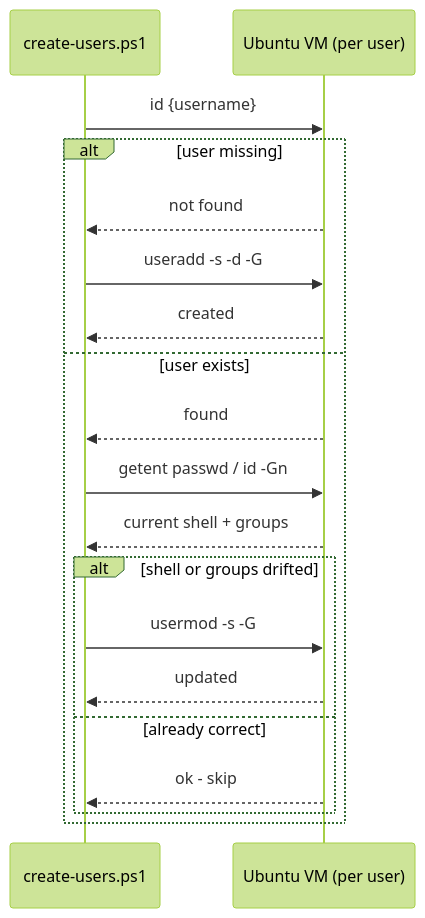
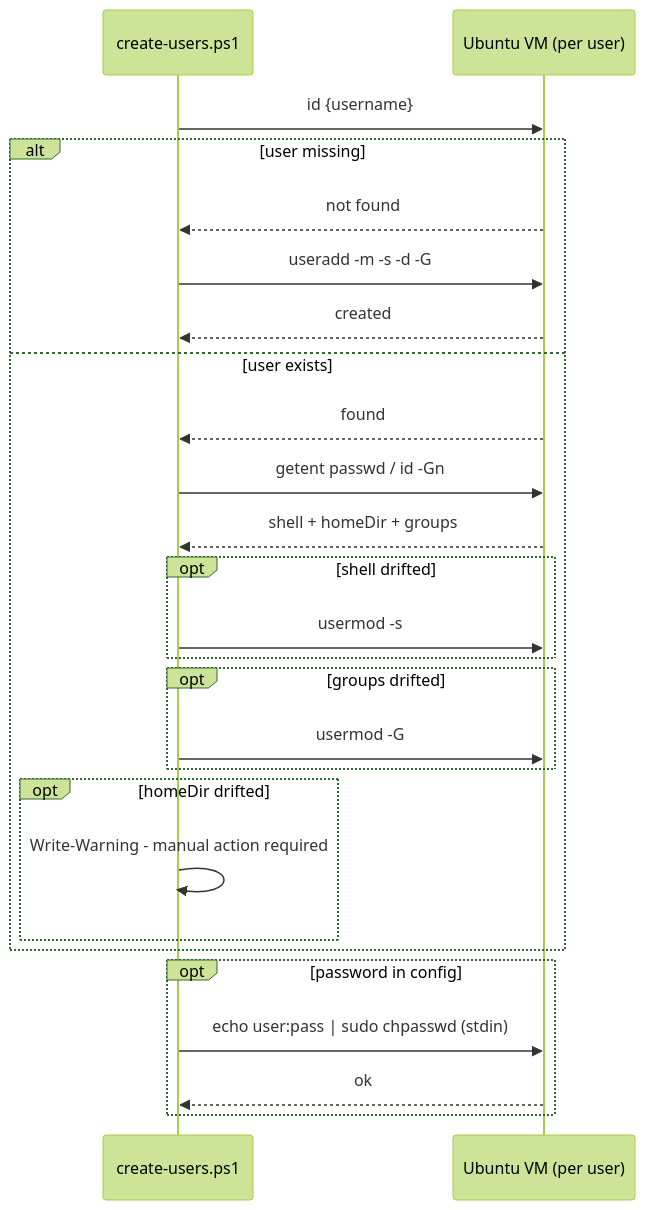
The fifth of 7 diagrams in docs/dev/implementation/01 - initial implementation/plan.md (Klark-Morrigan/Infrastructure-Vm-Users), drawn with Mermaid (forest theme) before and after one commit. The commit also changed other lines of this file and 1 other file, not shown here.

````diff
--- a/docs/dev/implementation/01 - initial implementation/plan.md
+++ b/docs/dev/implementation/01 - initial implementation/plan.md
@@ -207,22 +235,29 @@
 ```mermaid
 sequenceDiagram
     participant P as create-users.ps1
     participant VM as Ubuntu VM (per user)
 
     P->>VM: id {username}
     alt user missing
         VM-->>P: not found
-        P->>VM: useradd -s -d -G
+        P->>VM: useradd -m -s -d -G
         VM-->>P: created
     else user exists
         VM-->>P: found
         P->>VM: getent passwd / id -Gn
-        VM-->>P: current shell + groups
-        alt shell or groups drifted
-            P->>VM: usermod -s -G
-            VM-->>P: updated
-        else already correct
-            VM-->>P: ok - skip
+        VM-->>P: shell + homeDir + groups
+        opt shell drifted
+            P->>VM: usermod -s
+        end
+        opt groups drifted
+            P->>VM: usermod -G
+        end
+        opt homeDir drifted
+            P->>P: Write-Warning - manual action required
         end
     end
+    opt password in config
+        P->>VM: echo user:pass | sudo chpasswd (stdin)
+        VM-->>P: ok
+    end
 ```
````
